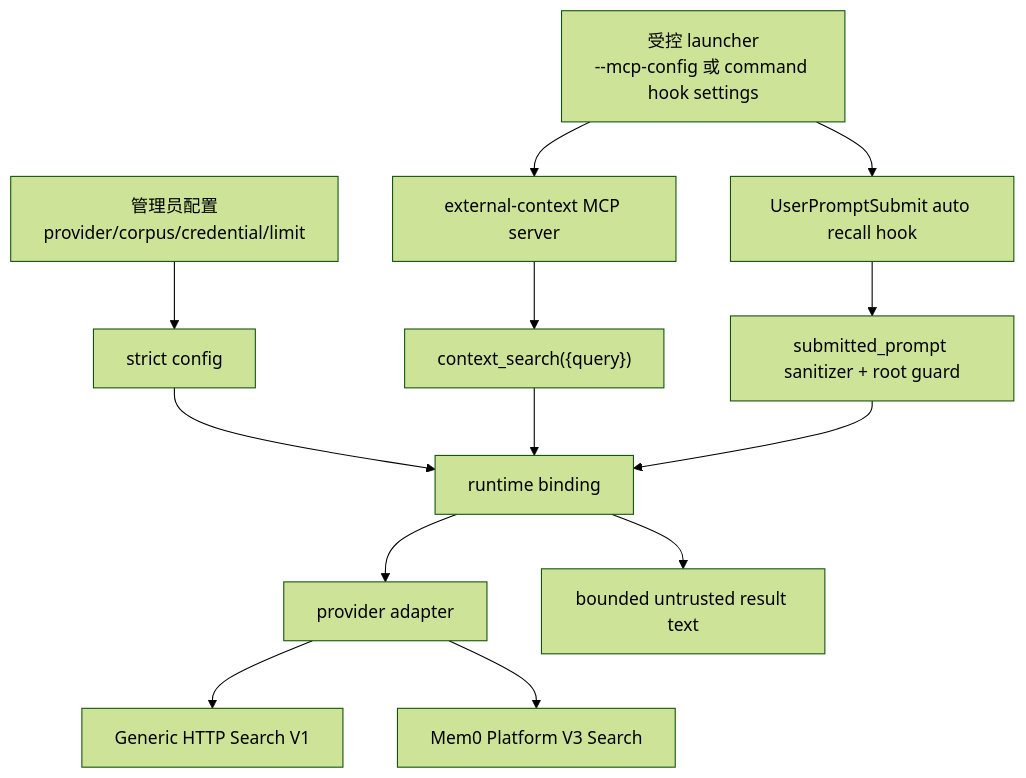
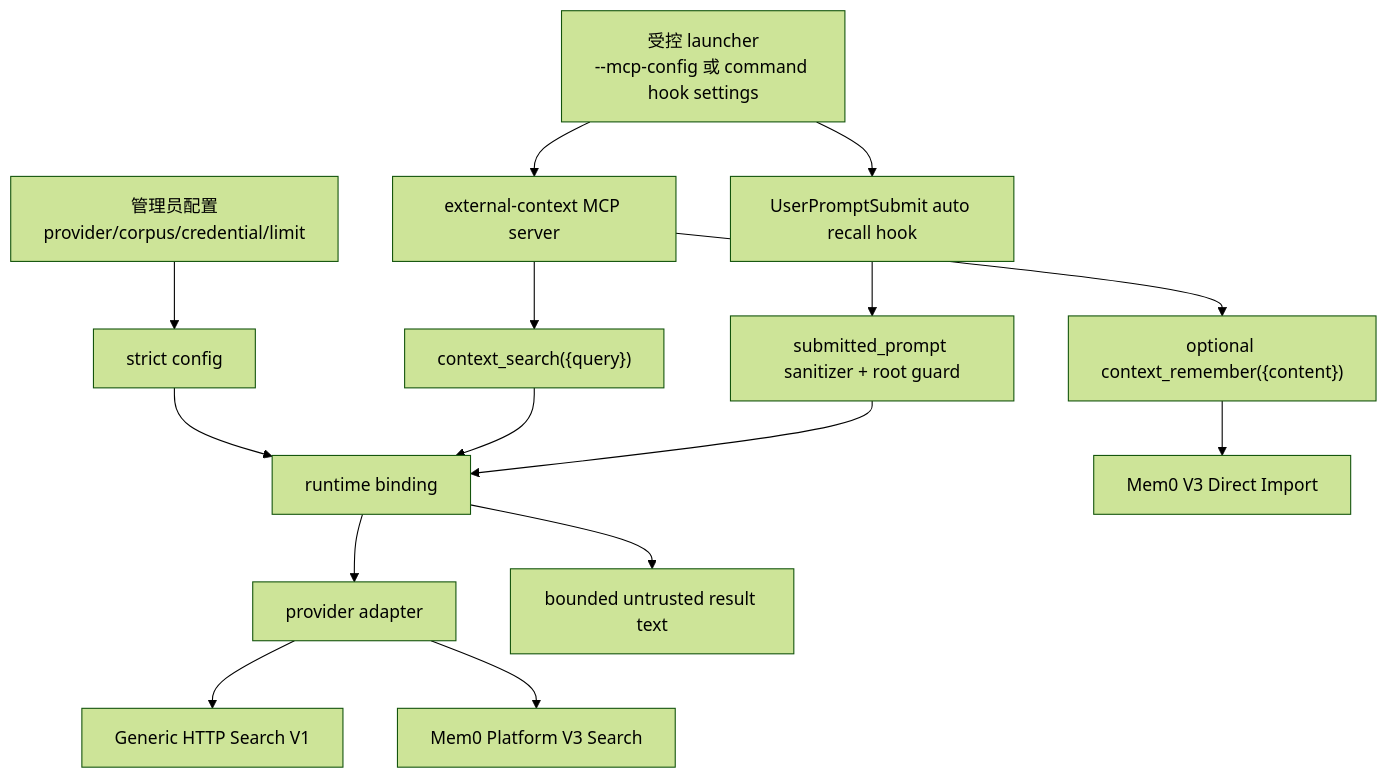
One commit to doudouOUC/code_agent changed the diagram in qwen-code/feature/external-context-provider.md. Above: the diagram before and after it, drawn with Mermaid (forest theme). The commit also changed other lines of this file and 8 other files, not shown here.

````diff
--- a/qwen-code/feature/external-context-provider.md
+++ b/qwen-code/feature/external-context-provider.md
@@ -18,15 +18,17 @@
 ```mermaid
 flowchart TB
   Admin["管理员配置<br/>provider/corpus/credential/limit"] --> Config["strict config"]
   Launcher["受控 launcher<br/>--mcp-config 或 command hook settings"] --> MCP["external-context MCP server"]
   Launcher --> Hook["UserPromptSubmit auto recall hook"]
   Config --> Runtime["runtime binding"]
   MCP --> Tool["context_search({query})"]
   Tool --> Runtime
   Hook --> SP["submitted_prompt sanitizer + root guard"]
   SP --> Runtime
   Runtime --> Provider["provider adapter"]
   Provider --> G["Generic HTTP Search V1"]
   Provider --> M["Mem0 Platform V3 Search"]
   Runtime --> Render["bounded untrusted result text"]
+  MCP --> Remember["optional context_remember({content})"]
+  Remember --> Mem0Write["Mem0 V3 Direct Import"]
 ```
````
